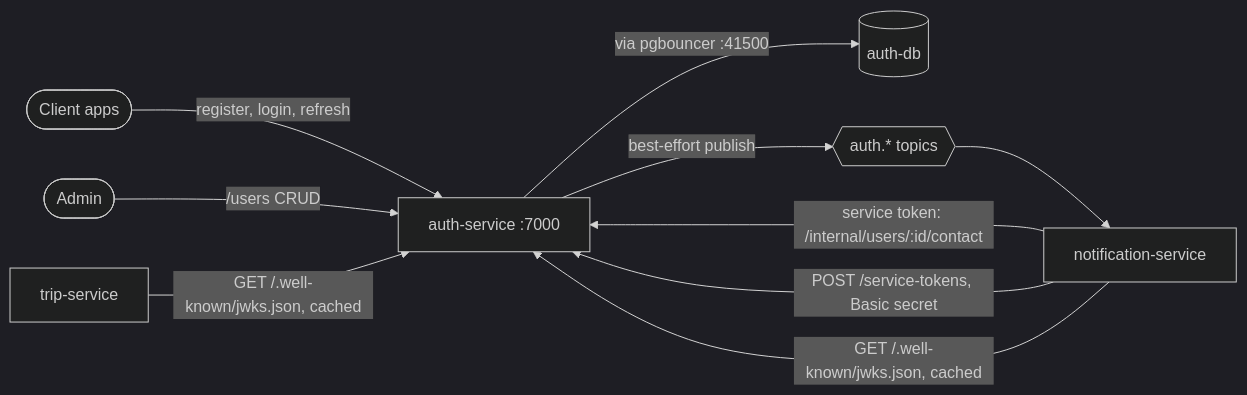
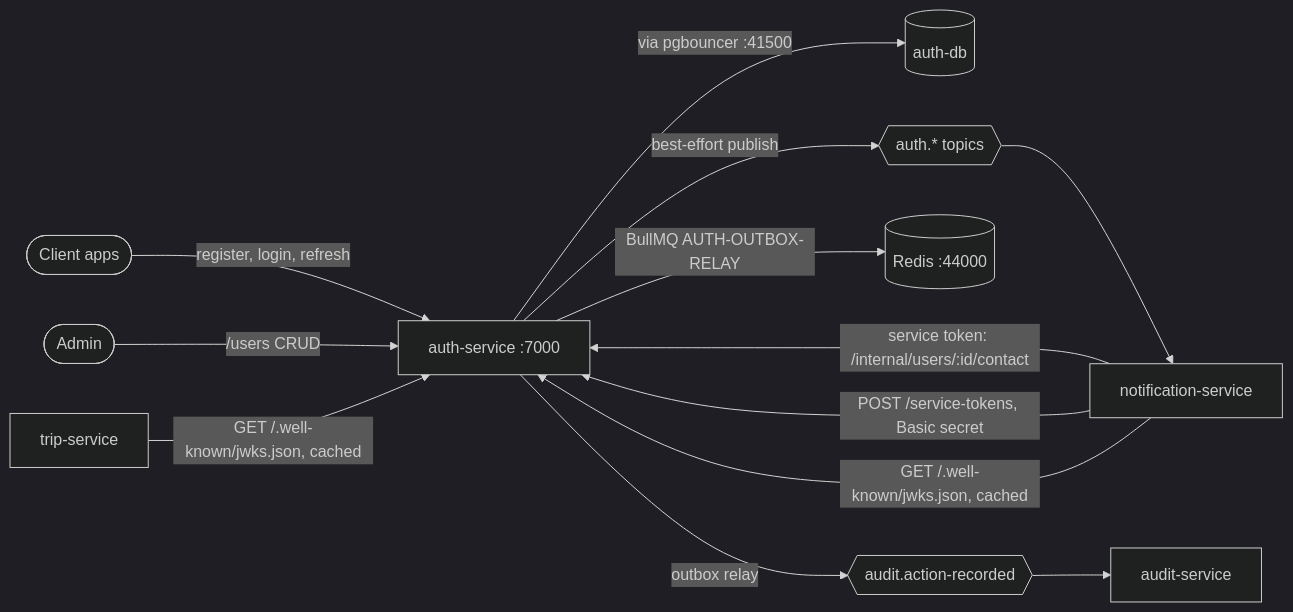
The first of 7 diagrams in docs/services/auth-service.md (Mohammed-Taysser/masr3), drawn with Mermaid (dark theme) before and after one commit. The commit also changed other lines of this file and 114 other files, not shown here.

Commit message:
feat: finalize audit service

````diff
--- a/docs/services/auth-service.md
+++ b/docs/services/auth-service.md
@@ -16,12 +16,15 @@
 ```mermaid
 flowchart LR
   app([Client apps]) -->|register, login, refresh| auth[auth-service :7000]
   admin([Admin]) -->|/users CRUD| auth
   auth -->|via pgbouncer :41500| db[(auth-db)]
   auth -->|best-effort publish| topics{{auth.* topics}}
   topics --> notification[notification-service]
+  auth -->|BullMQ AUTH-OUTBOX-RELAY| redis[(Redis :44000)]
+  auth -->|outbox relay| audit{{audit.action-recorded}}
+  audit --> auditService[audit-service]
   notification -->|service token: /internal/users/:id/contact| auth
   notification -->|POST /service-tokens, Basic secret| auth
   trip[trip-service] -->|GET /.well-known/jwks.json, cached| auth
   notification -->|GET /.well-known/jwks.json, cached| auth
 ```
````
